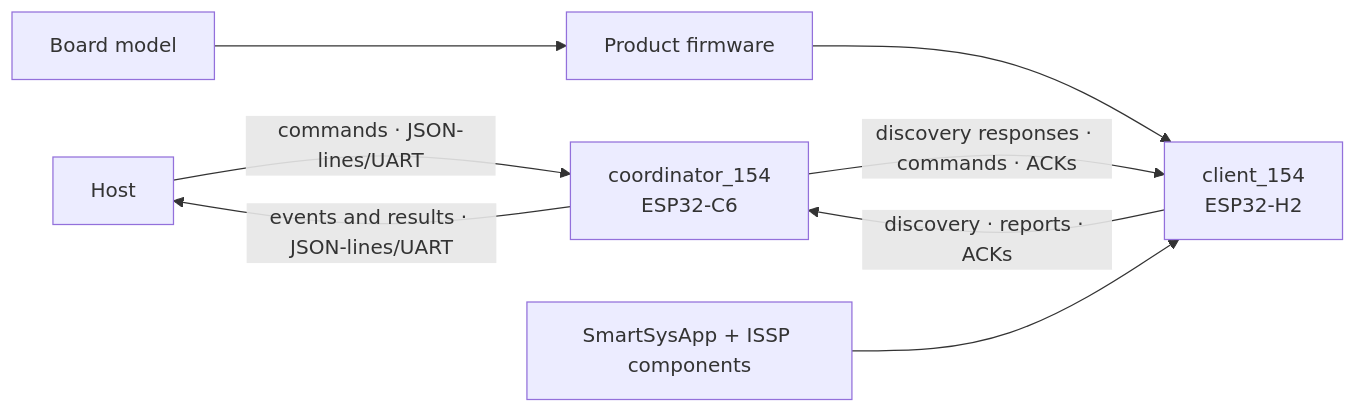
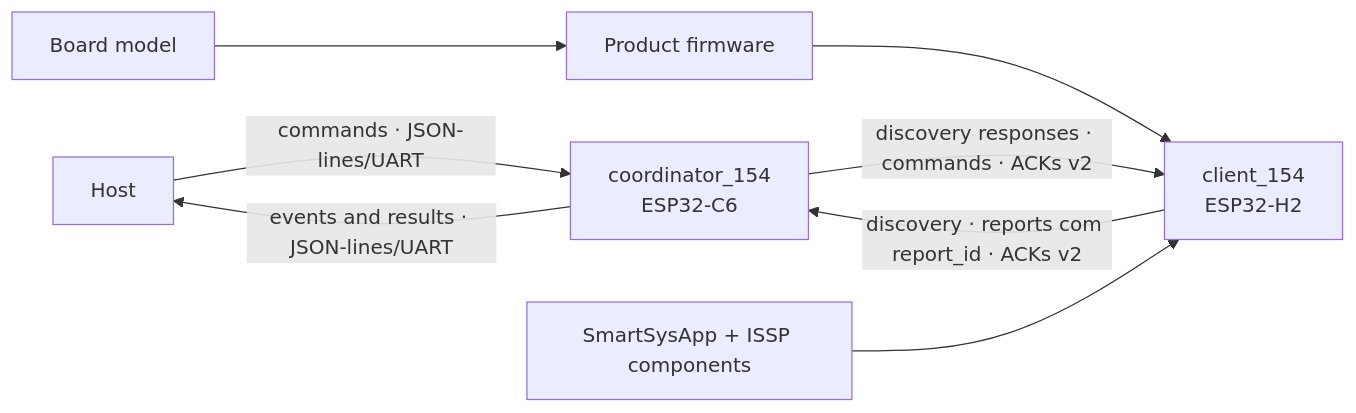
The diagram in docs/rfc/KNOWLEDGE-MAP.md (iotsmartsys/IoTSmartLink15.4), drawn with Mermaid before and after one commit. The commit also changed other lines of this file and 5 other files, not shown here.

````diff
--- a/docs/rfc/KNOWLEDGE-MAP.md
+++ b/docs/rfc/KNOWLEDGE-MAP.md
@@ -85,10 +88,10 @@
 ```mermaid
 flowchart LR
     Host["Host"] -->|"commands · JSON-lines/UART"| Coordinator["coordinator_154<br/>ESP32-C6"]
     Coordinator -->|"events and results · JSON-lines/UART"| Host
-    Coordinator -->|"discovery responses · commands · ACKs"| Client["client_154<br/>ESP32-H2"]
-    Client -->|"discovery · reports · ACKs"| Coordinator
+    Coordinator -->|"discovery responses · commands · ACKs v2"| Client["client_154<br/>ESP32-H2"]
+    Client -->|"discovery · reports com report_id · ACKs v2"| Coordinator
     Product["Product firmware"] --> Client
     Board["Board model"] --> Product
     Shared["SmartSysApp + ISSP components"] --> Client
 ```
````
